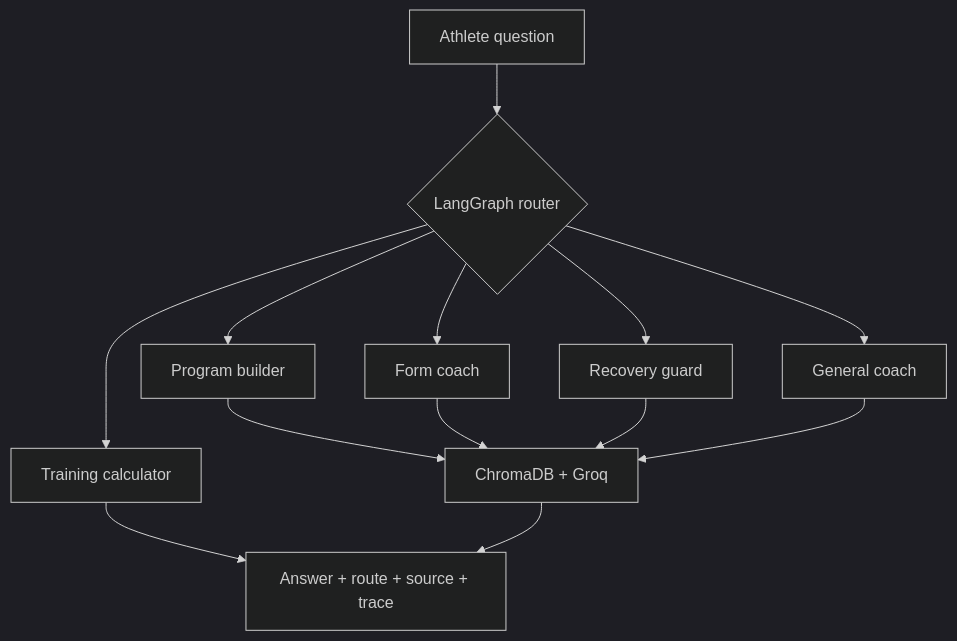
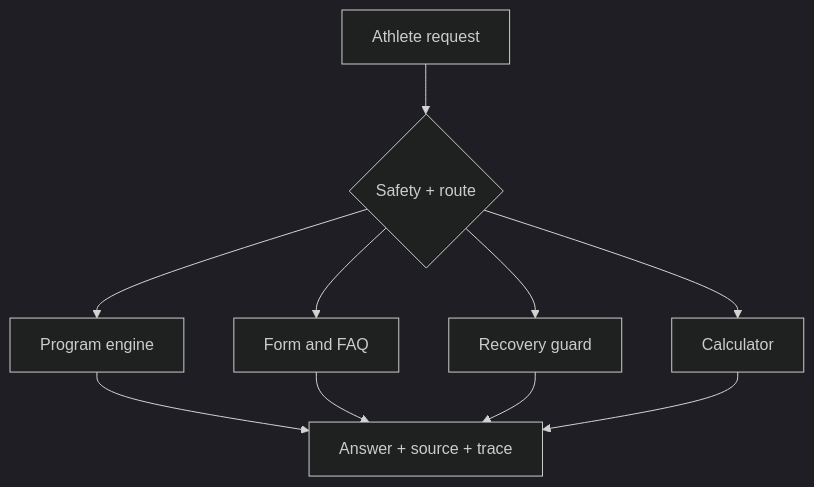
The diagram in README.md (krutharth-dev/aura-fit-ai), drawn with Mermaid (dark theme) before and after one commit. The commit also changed other lines of this file and 51 other files, not shown here.

````diff
--- a/README.md
+++ b/README.md
@@ -17,15 +37,12 @@
 ```mermaid
 flowchart TD
-    A[Athlete question] --> B{LangGraph router}
-    B --> C[Program builder]
-    B --> D[Form coach]
+    A[Athlete request] --> B{Safety + route}
+    B --> C[Program engine]
+    B --> D[Form and FAQ]
     B --> E[Recovery guard]
-    B --> F[Training calculator]
-    B --> G[General coach]
-    C --> H[ChromaDB + Groq]
-    D --> H
-    E --> H
-    F --> I[Answer + route + source + trace]
-    G --> H
-    H --> I
+    B --> F[Calculator]
+    C --> G[Answer + source + trace]
+    D --> G
+    E --> G
+    F --> G
 ```
````
